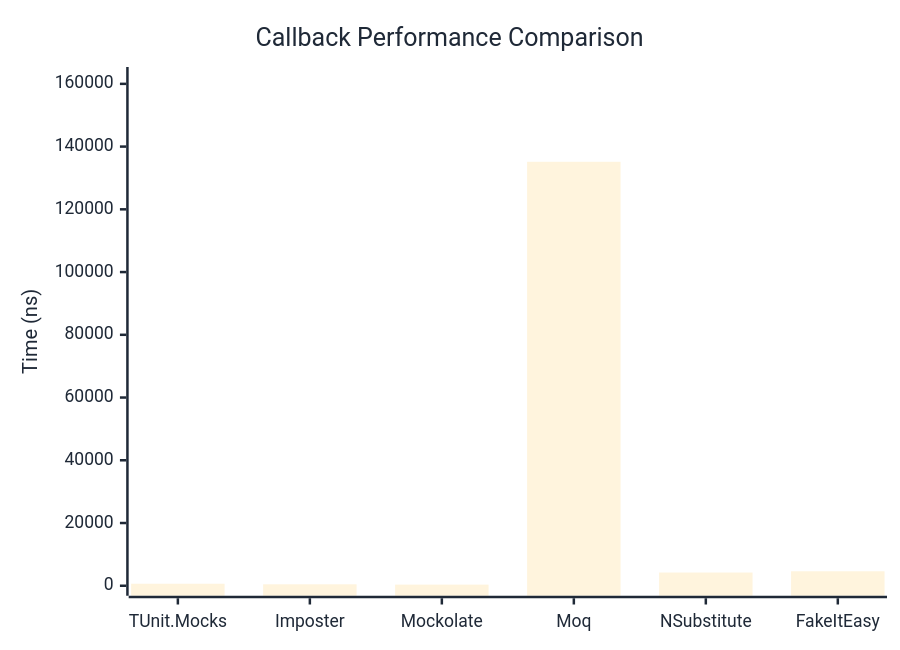
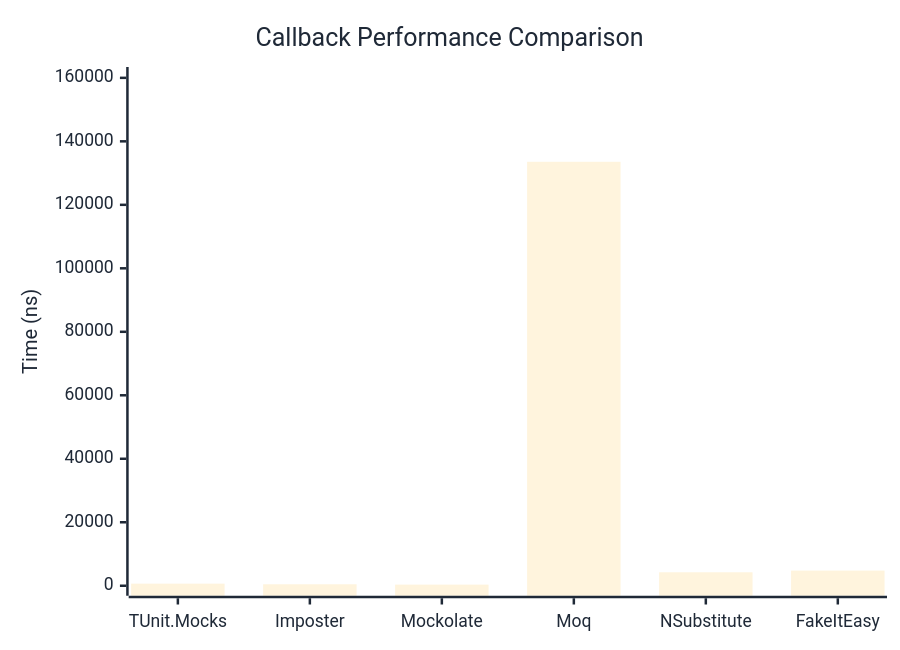
Before and after one commit to thomhurst/TUnit: the first of 2 diagrams in docs/docs/benchmarks/mocks/Callback.md, drawn with Mermaid. The commit also changed other lines of this file and 14 other files, not shown here.

````diff
--- a/docs/docs/benchmarks/mocks/Callback.md
+++ b/docs/docs/benchmarks/mocks/Callback.md
@@ -30,27 +30,27 @@
 ```mermaid
 %%{init: {
   'theme':'base',
   'themeVariables': {
     'primaryColor': '#2563eb',
     'primaryTextColor': '#1f2937',
     'primaryBorderColor': '#1e40af',
     'lineColor': '#6b7280',
     'secondaryColor': '#7c3aed',
     'tertiaryColor': '#dc2626',
     'background': '#ffffff',
     'pie1': '#2563eb',
     'pie2': '#7c3aed',
     'pie3': '#dc2626',
     'pie4': '#f59e0b',
     'pie5': '#10b981',
     'pie6': '#06b6d4',
     'pie7': '#ec4899',
     'pie8': '#6366f1'
   }
 }}%%
 xychart-beta
   title "Callback Performance Comparison"
   x-axis ["TUnit.Mocks", "Imposter", "Mockolate", "Moq", "NSubstitute", "FakeItEasy"]
-  y-axis "Time (ns)" 0 --> 162185
-  bar [642.5, 463.3, 359, 135153.8, 4216.8, 4614.5]
+  y-axis "Time (ns)" 0 --> 160267
+  bar [662, 468.5, 355.4, 133555.2, 4242.2, 4773.1]
 ```
````
